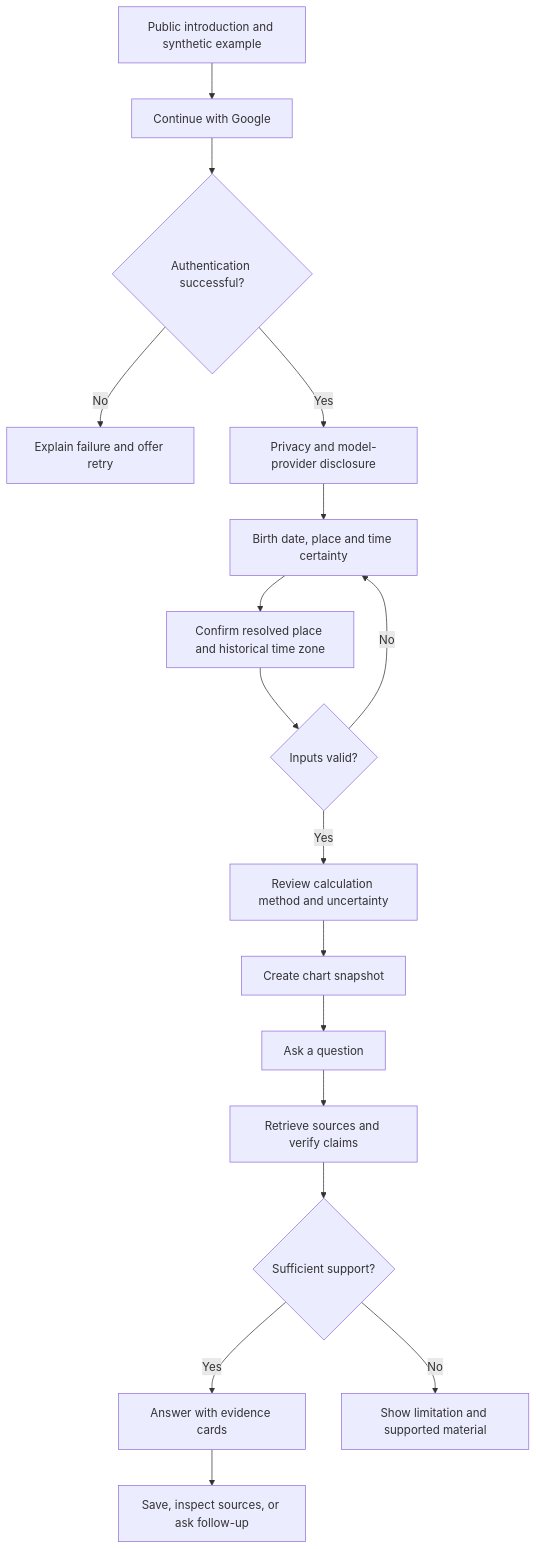
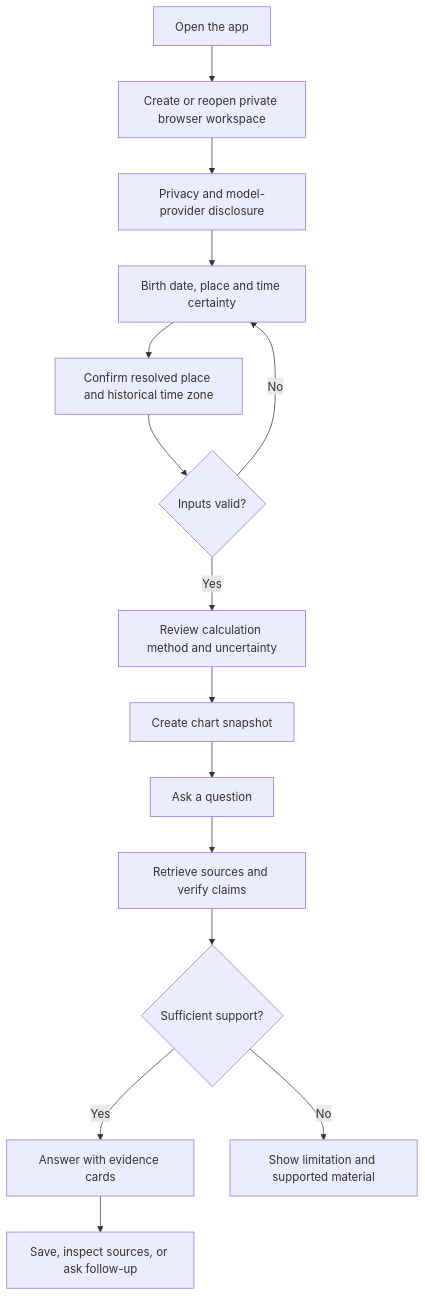
One commit to sandeshbagmare/astrology-evidence changed the diagram in context/09-ui-and-user-flows.md. Above: the diagram before and after it, drawn with Mermaid. The commit also changed other lines of this file and 20 other files, not shown here.

Commit message:
docs: defer authentication and research the workspace UI [GPT-6.1 Sol]

````diff
--- a/context/09-ui-and-user-flows.md
+++ b/context/09-ui-and-user-flows.md
@@ -33,19 +37,17 @@
 ```mermaid
 flowchart TD
-    A[Public introduction and synthetic example] --> B[Continue with Google]
-    B --> C{Authentication successful?}
-    C -->|No| D[Explain failure and offer retry]
-    C -->|Yes| E[Privacy and model-provider disclosure]
+    A[Open the app] --> B[Create or reopen private browser workspace]
+    B --> E[Privacy and model-provider disclosure]
     E --> F[Birth date, place and time certainty]
     F --> G[Confirm resolved place and historical time zone]
     G --> H{Inputs valid?}
     H -->|No| F
     H -->|Yes| I[Review calculation method and uncertainty]
     I --> J[Create chart snapshot]
     J --> K[Ask a question]
     K --> L[Retrieve sources and verify claims]
     L --> M{Sufficient support?}
     M -->|Yes| N[Answer with evidence cards]
     M -->|No| O[Show limitation and supported material]
     N --> P[Save, inspect sources, or ask follow-up]
 ```
````
